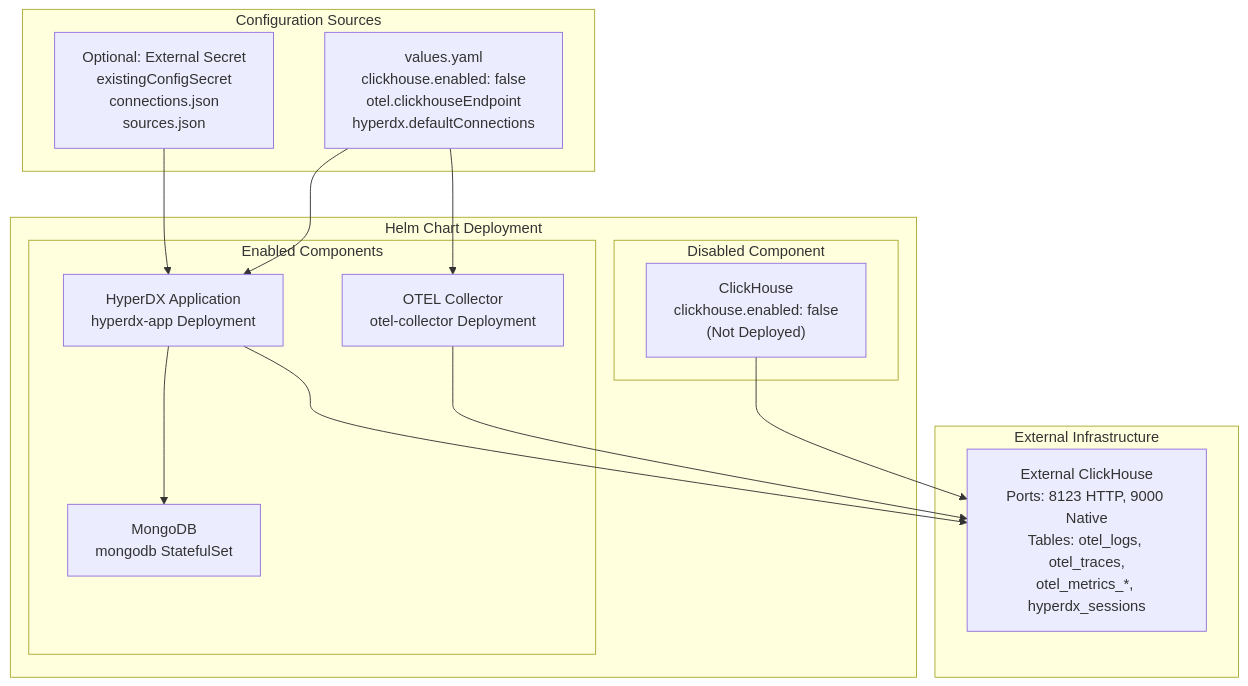
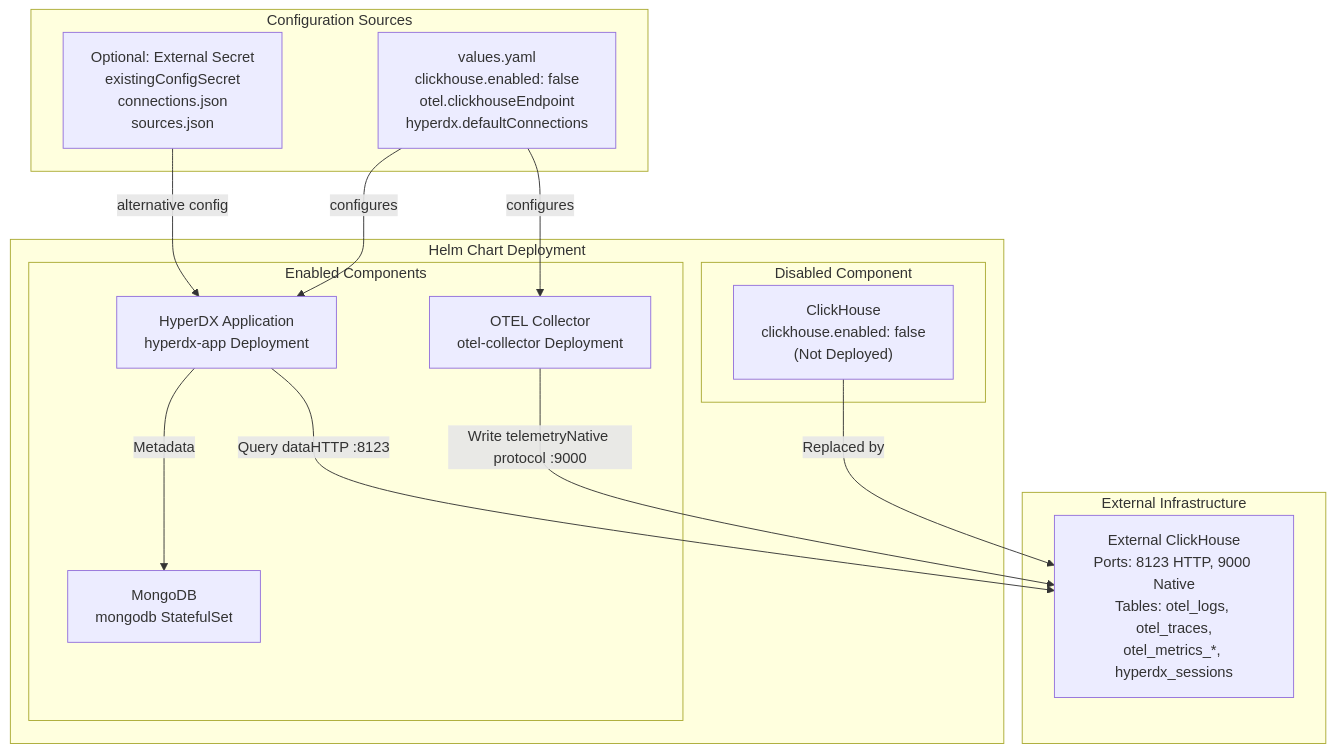
One commit to openchoreo/openchoreo changed the first of 5 diagrams in docs/hyperdxio-helm-charts-docs/External-ClickHouse.md. Above: the diagram before and after it, drawn with Mermaid. The commit also changed other lines of this file and 85 other files, not shown here.

Commit message:
feat: Add new workflow and specification templates, update Helm chart dependencies, and clarify documentation diagrams.

````diff
--- a/docs/hyperdxio-helm-charts-docs/External-ClickHouse.md
+++ b/docs/hyperdxio-helm-charts-docs/External-ClickHouse.md
@@ -21,41 +21,41 @@
 ```mermaid
 flowchart TD
 
 HyperDXApp["HyperDX Application<br>hyperdx-app Deployment"]
 OTELCollector["OTEL Collector<br>otel-collector Deployment"]
 MongoDB["MongoDB<br>mongodb StatefulSet"]
 CHDisabled["ClickHouse<br>clickhouse.enabled: false<br>(Not Deployed)"]
 ExternalCH["External ClickHouse<br>Ports: 8123 HTTP, 9000 Native<br>Tables: otel_logs, otel_traces,<br>otel_metrics_*, hyperdx_sessions"]
 ValuesYAML["values.yaml<br>clickhouse.enabled: false<br>otel.clickhouseEndpoint<br>hyperdx.defaultConnections"]
 ExternalSecret["Optional: External Secret<br>existingConfigSecret<br>connections.json<br>sources.json"]
 
-ValuesYAML --> OTELCollector
-ValuesYAML --> HyperDXApp
-ExternalSecret --> HyperDXApp
-OTELCollector --> ExternalCH
-HyperDXApp --> ExternalCH
-CHDisabled --> ExternalCH
+ValuesYAML -->|"configures"| OTELCollector
+ValuesYAML -->|"configures"| HyperDXApp
+ExternalSecret -->|"alternative config"| HyperDXApp
+OTELCollector -->|"Write telemetryNative protocol :9000"| ExternalCH
+HyperDXApp -->|"Query dataHTTP :8123"| ExternalCH
+CHDisabled -->|"Replaced by"| ExternalCH
 
 subgraph subGraph4 ["Configuration Sources"]
     ValuesYAML
     ExternalSecret
 end
 
 subgraph subGraph3 ["External Infrastructure"]
     ExternalCH
 end
 
 subgraph subGraph2 ["Helm Chart Deployment"]
 
 subgraph subGraph1 ["Disabled Component"]
     CHDisabled
 end
 
 subgraph subGraph0 ["Enabled Components"]
     HyperDXApp
     OTELCollector
     MongoDB
-    HyperDXApp --> MongoDB
+    HyperDXApp -->|"Metadata"| MongoDB
 end
 end
 ```
````
